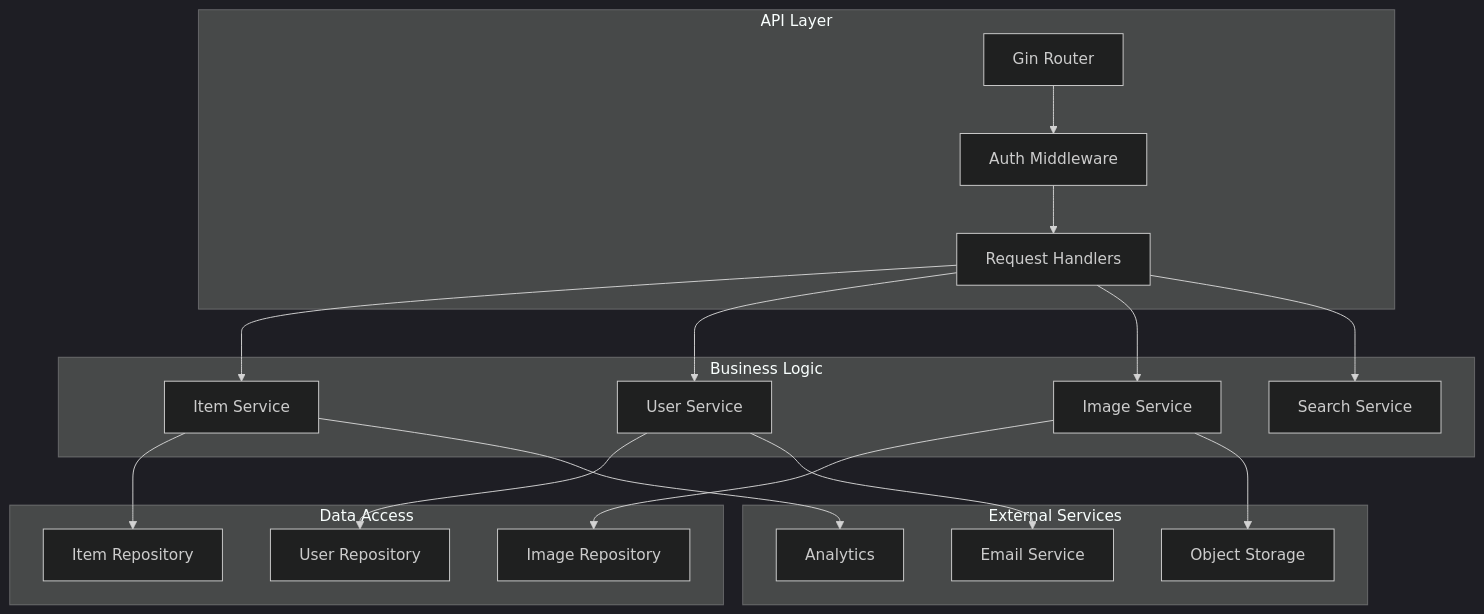
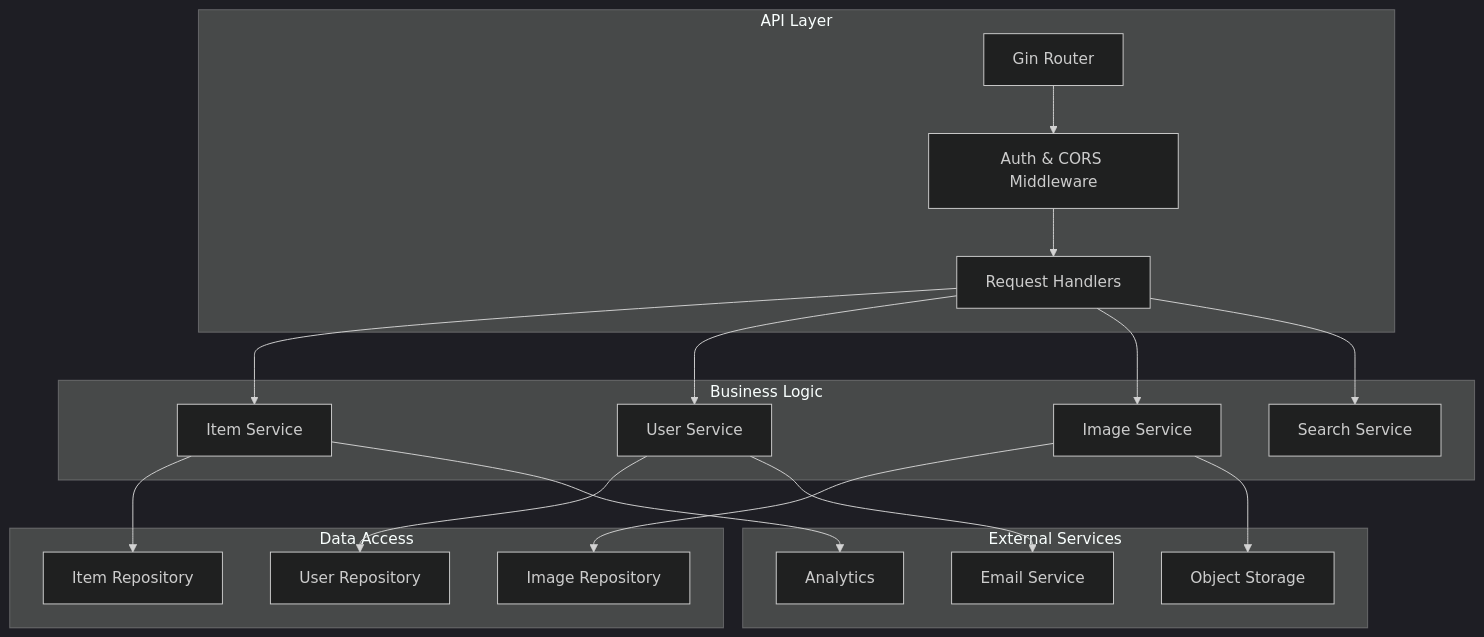
Before and after one commit to aneuhold/tracktory: the third of 10 diagrams in docs/architecture/system-design.md, drawn with Mermaid (dark theme). The commit also changed other lines of this file and 3 other files, not shown here.

Commit message:
Update architecture and deployment notes

````diff
--- a/docs/architecture/system-design.md
+++ b/docs/architecture/system-design.md
@@ -166,42 +177,42 @@
 ```mermaid
 graph TB
     subgraph "API Layer"
         Router[Gin Router]
-        Middleware[Auth Middleware]
+        Middleware[Auth & CORS Middleware]
         Handlers[Request Handlers]
     end
 
     subgraph "Business Logic"
         ItemService[Item Service]
         UserService[User Service]
         ImageService[Image Service]
         SearchService[Search Service]
     end
 
     subgraph "Data Access"
         ItemRepo[Item Repository]
         UserRepo[User Repository]
         ImageRepo[Image Repository]
     end
 
     subgraph "External Services"
         Storage[Object Storage]
         Email[Email Service]
         Analytics[Analytics]
     end
 
     Router --> Middleware
     Middleware --> Handlers
     Handlers --> ItemService
     Handlers --> UserService
     Handlers --> ImageService
     Handlers --> SearchService
 
     ItemService --> ItemRepo
     UserService --> UserRepo
     ImageService --> ImageRepo
 
     ImageService --> Storage
     UserService --> Email
     ItemService --> Analytics
 ```
````
